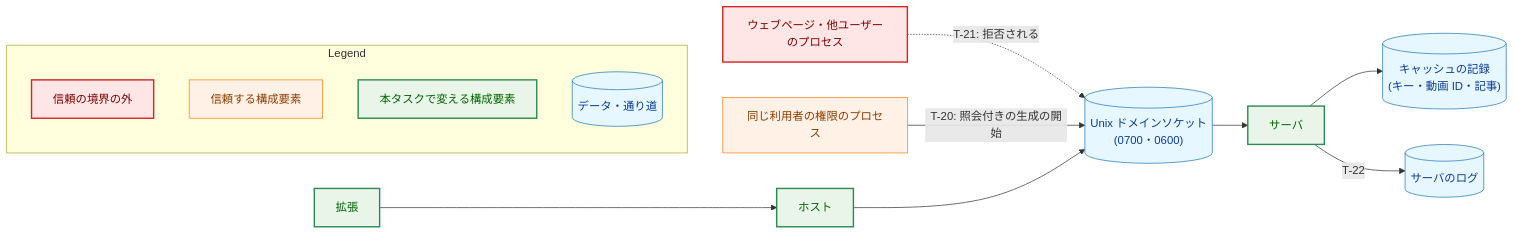
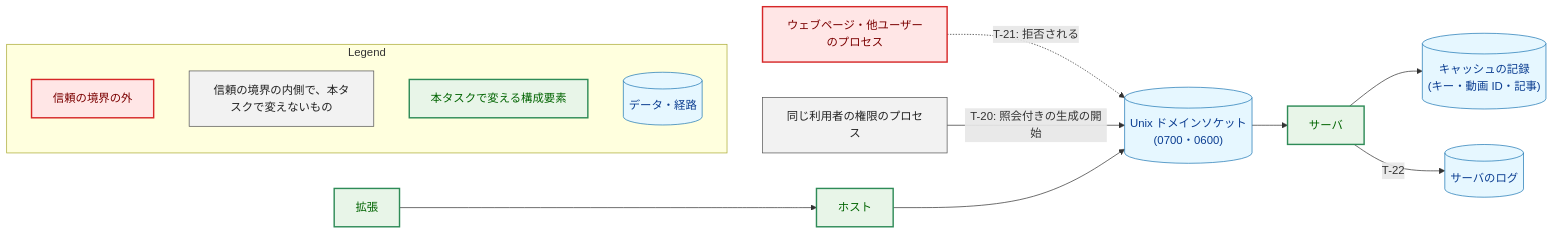
One commit to isseis/yt2column changed the third of 6 diagrams in docs/tasks/0058_same_video_article/02_architecture.md. Above: the diagram before and after it, drawn with Mermaid. The commit also changed other lines of this file, not shown here.

````diff
--- a/docs/tasks/0058_same_video_article/02_architecture.md
+++ b/docs/tasks/0058_same_video_article/02_architecture.md
@@ -723,38 +782,38 @@
 ```mermaid
 flowchart LR
     classDef data fill:#e6f7ff,stroke:#1f77b4,stroke-width:1px,color:#0b3d91;
-    classDef process fill:#fff1e6,stroke:#ff7f0e,stroke-width:1px,color:#8a3e00;
     classDef problem fill:#ffe6e6,stroke:#d62728,stroke-width:2px,color:#7b0000;
     classDef enhanced fill:#e8f5e8,stroke:#2e8b57,stroke-width:2px,color:#006400;
+    classDef trusted fill:#f2f2f2,stroke:#555555,stroke-width:1px,color:#222222;
 
     PAGE["ウェブページ・他ユーザーのプロセス"]
     SAMEUSER["同じ利用者の権限のプロセス"]
     EXT["拡張"]
     HOST["ホスト"]
     SOCK[("Unix ドメインソケット<br>(0700・0600)")]
     SERVER["サーバ"]
     CACHE[("キャッシュの記録<br>(キー・動画 ID・記事)")]
     LOG[("サーバのログ")]
 
     PAGE -.->|"T-21: 拒否される"| SOCK
     SAMEUSER -->|"T-20: 照会付きの生成の開始"| SOCK
     EXT --> HOST --> SOCK --> SERVER
     SERVER --> CACHE
     SERVER -->|"T-22"| LOG
 
     class PAGE problem
-    class SAMEUSER process
+    class SAMEUSER trusted
     class EXT,HOST,SERVER enhanced
     class SOCK,CACHE,LOG data
 
     subgraph Legend["Legend"]
         L1["信頼の境界の外"]
-        L2["信頼する構成要素"]
+        L2["信頼の境界の内側で、本タスクで変えないもの"]
         L3["本タスクで変える構成要素"]
-        L4[("データ・通り道")]
+        L4[("データ・経路")]
     end
     class L1 problem
-    class L2 process
+    class L2 trusted
     class L3 enhanced
     class L4 data
 ```
````
